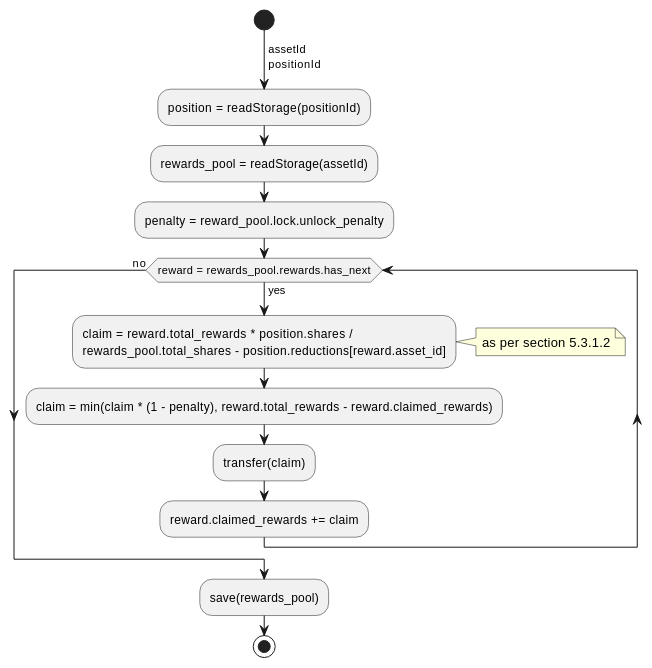
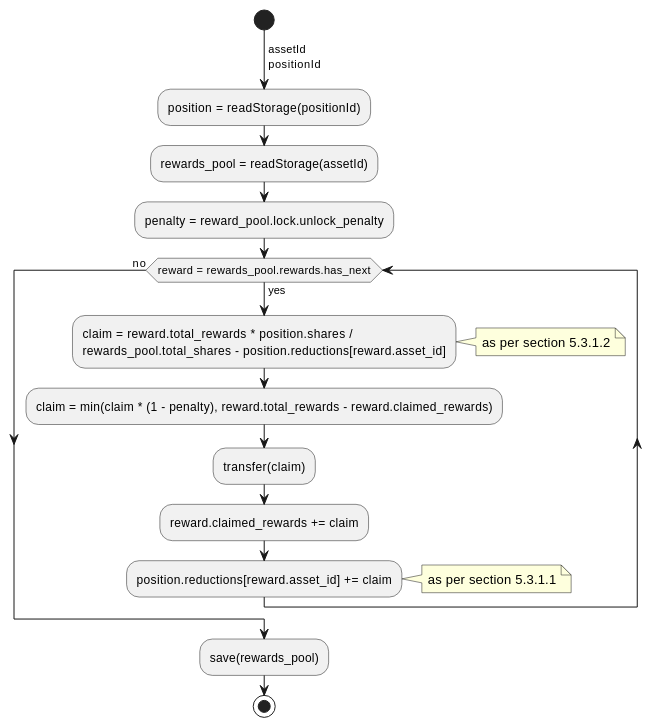
One commit to ComposableFi/composable changed the tenth of 10 diagrams in rfcs/0005-pablo-distribution-assets/0005-pablo-distribution.adoc. Above: the diagram before and after it, drawn with PlantUML.

Commit message:
Adjusted inflation by claim

```diff
--- a/rfcs/0005-pablo-distribution-assets/0005-pablo-distribution.adoc
+++ b/rfcs/0005-pablo-distribution-assets/0005-pablo-distribution.adoc
@@ -539,17 +539,19 @@
 [plantuml,images/claim,png]
 ----
 start
 ->assetId\npositionId;
 :position = readStorage(positionId);
 :rewards_pool = readStorage(assetId);
 :penalty = reward_pool.lock.unlock_penalty;
 while (reward = rewards_pool.rewards.has_next) is (yes)
     :claim = reward.total_rewards * position.shares /\nrewards_pool.total_shares - position.reductions[reward.asset_id];
     note right: as per section 5.3.1.2
     :claim = min(claim * (1 - penalty), reward.total_rewards - reward.claimed_rewards);
     :transfer(claim);
     :reward.claimed_rewards += claim;
+    :position.reductions[reward.asset_id] += claim;
+    note right: as per section 5.3.1.1
 endwhile (no)
 :save(rewards_pool);
 stop
 ----
```
